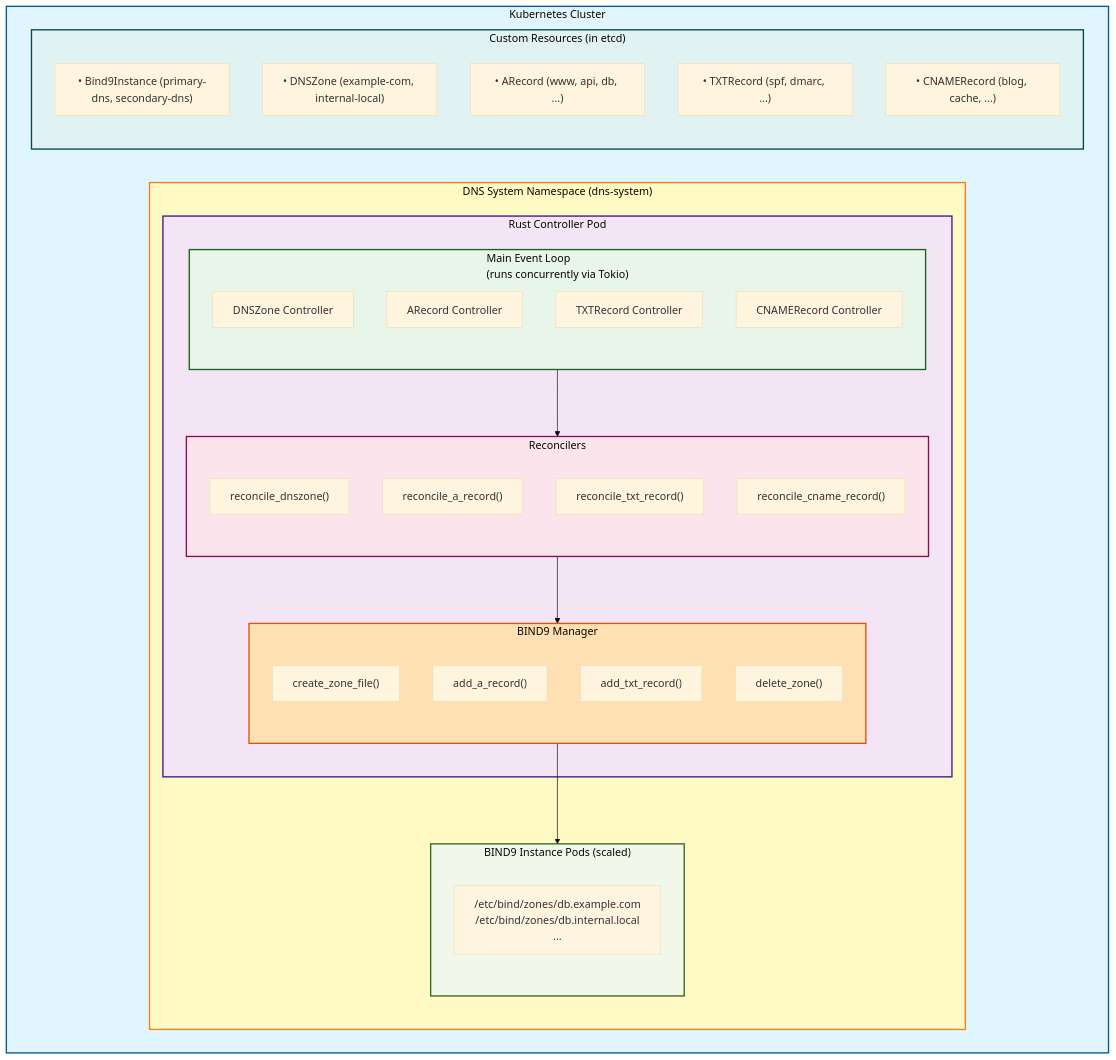
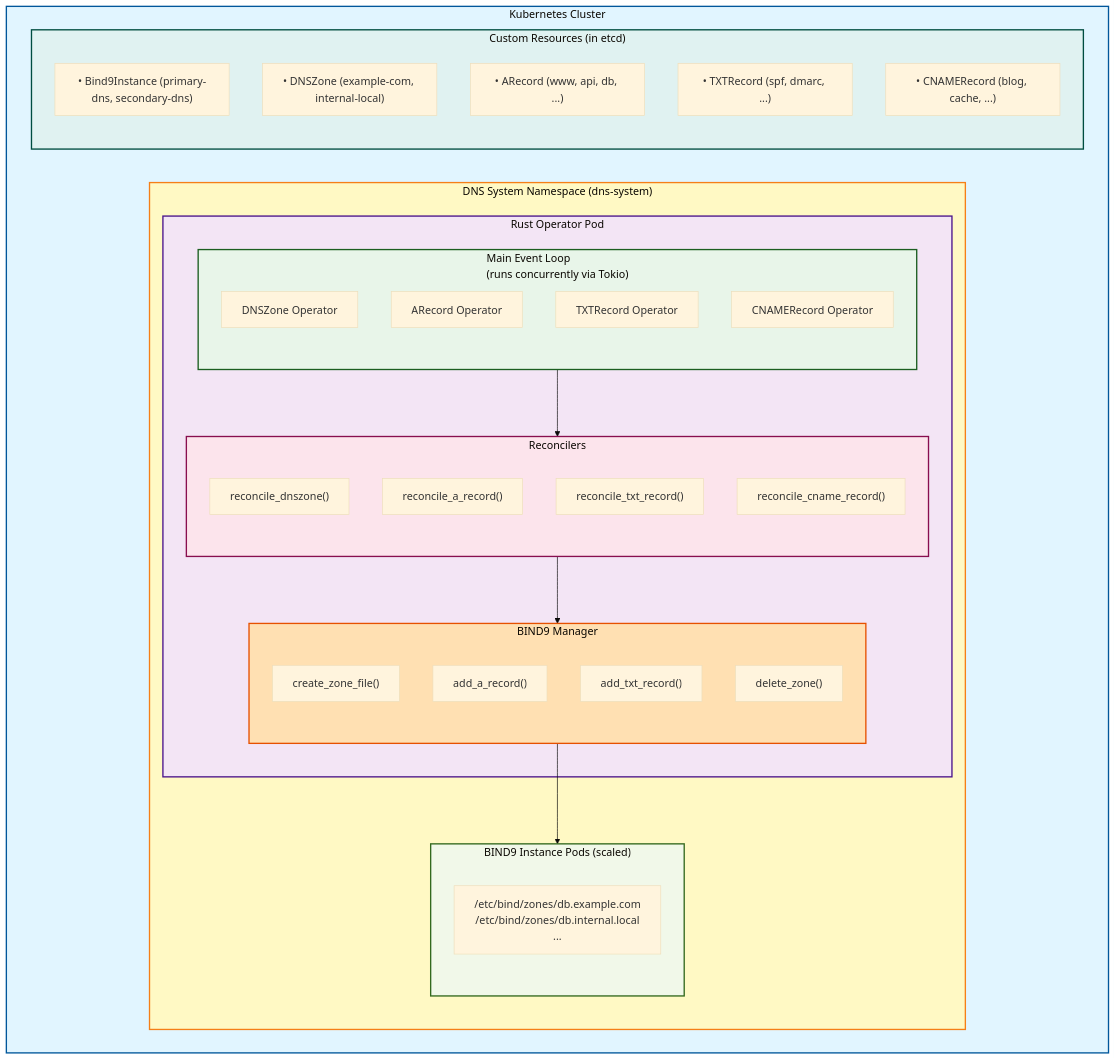
The first of 2 diagrams in docs/src/concepts/architecture-technical.md (firestoned/bindy), drawn with Mermaid (base theme) before and after one commit. The commit also changed other lines of this file and 150 other files, not shown here.

Commit message:
Change the occurences from controller to operator (#83)

````diff
--- a/docs/src/concepts/architecture-technical.md
+++ b/docs/src/concepts/architecture-technical.md
@@ -5,54 +5,54 @@
 ```mermaid
 graph TB
     subgraph k8s["Kubernetes Cluster"]
         subgraph namespace["DNS System Namespace (dns-system)"]
-            subgraph controller["Rust Controller Pod"]
+            subgraph operator["Rust Operator Pod"]
                 subgraph eventloop["Main Event Loop<br/>(runs concurrently via Tokio)"]
-                    dnszone_ctrl["DNSZone Controller"]
-                    arecord_ctrl["ARecord Controller"]
-                    txt_ctrl["TXTRecord Controller"]
-                    cname_ctrl["CNAMERecord Controller"]
+                    dnszone_ctrl["DNSZone Operator"]
+                    arecord_ctrl["ARecord Operator"]
+                    txt_ctrl["TXTRecord Operator"]
+                    cname_ctrl["CNAMERecord Operator"]
                 end
 
                 subgraph reconcilers["Reconcilers"]
                     rec_dnszone["reconcile_dnszone()"]
                     rec_a["reconcile_a_record()"]
                     rec_txt["reconcile_txt_record()"]
                     rec_cname["reconcile_cname_record()"]
                 end
 
                 subgraph manager["BIND9 Manager"]
                     create_zone["create_zone_file()"]
                     add_a["add_a_record()"]
                     add_txt["add_txt_record()"]
                     delete_zone["delete_zone()"]
                 end
             end
 
             subgraph bind9["BIND9 Instance Pods (scaled)"]
                 zones["/etc/bind/zones/db.example.com<br/>/etc/bind/zones/db.internal.local<br/>..."]
             end
         end
 
         subgraph etcd["Custom Resources (in etcd)"]
             instances["• Bind9Instance (primary-dns, secondary-dns)"]
             dnszones["• DNSZone (example-com, internal-local)"]
             arecords["• ARecord (www, api, db, ...)"]
             txtrecords["• TXTRecord (spf, dmarc, ...)"]
             cnamerecords["• CNAMERecord (blog, cache, ...)"]
         end
     end
 
     eventloop --> reconcilers
     reconcilers --> manager
     manager --> bind9
 
     style k8s fill:#e1f5ff,stroke:#01579b,stroke-width:2px
     style namespace fill:#fff9c4,stroke:#f57f17,stroke-width:2px
-    style controller fill:#f3e5f5,stroke:#4a148c,stroke-width:2px
+    style operator fill:#f3e5f5,stroke:#4a148c,stroke-width:2px
     style eventloop fill:#e8f5e9,stroke:#1b5e20,stroke-width:2px
     style reconcilers fill:#fce4ec,stroke:#880e4f,stroke-width:2px
     style manager fill:#ffe0b2,stroke:#e65100,stroke-width:2px
     style bind9 fill:#f1f8e9,stroke:#33691e,stroke-width:2px
     style etcd fill:#e0f2f1,stroke:#004d40,stroke-width:2px
 ```
````
